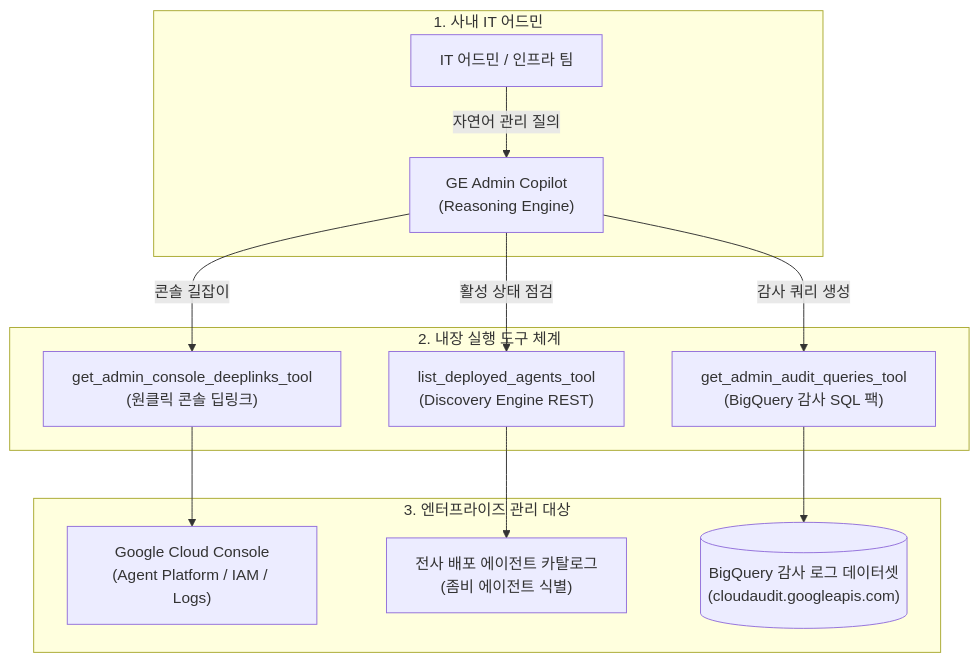
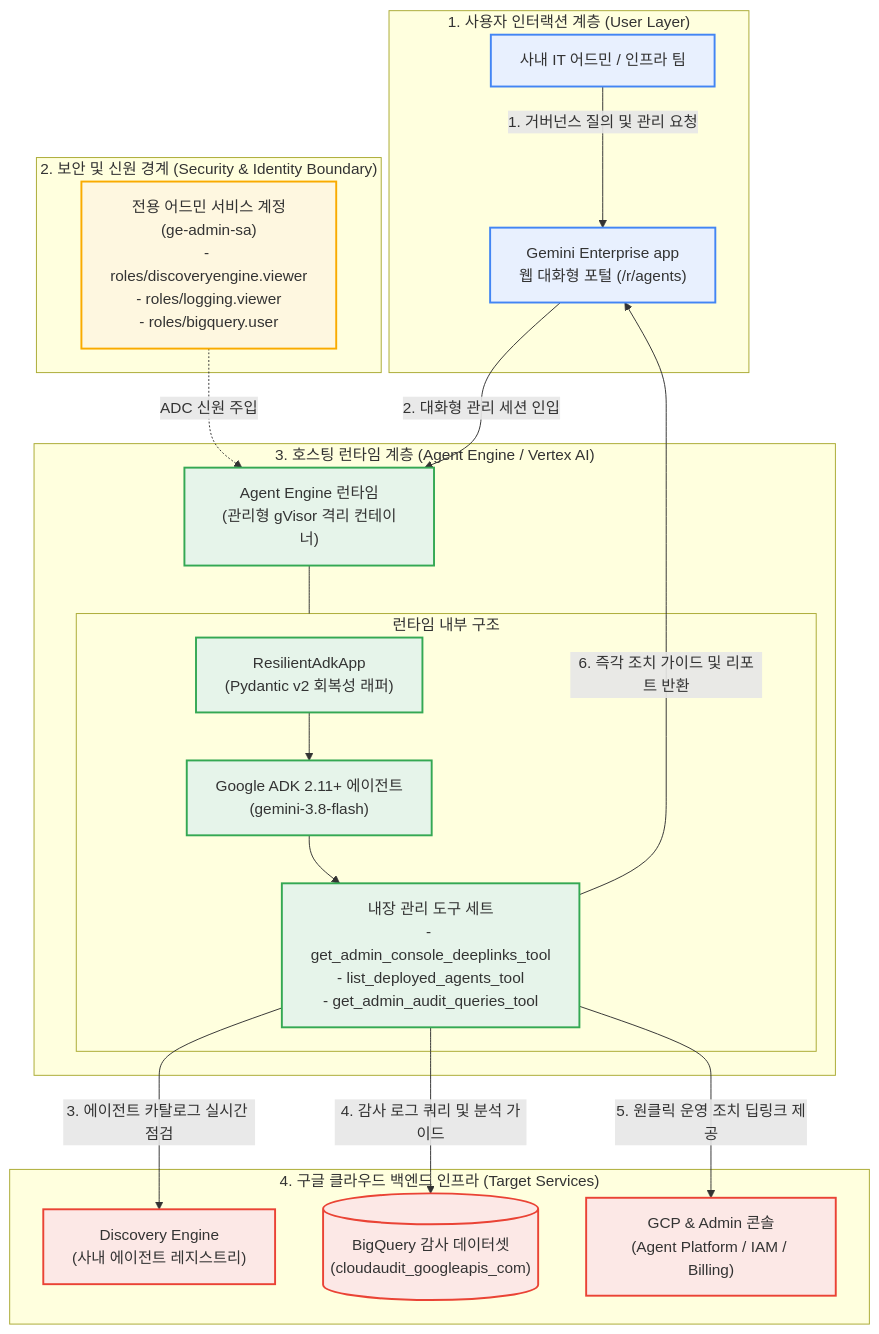
One commit to jiangjun-forge/google-cloud-0-to-1 changed the diagram in samples/gemini-enterprise-copilot-admin/README.md. Above: the diagram before and after it, drawn with Mermaid. The commit also changed other lines of this file and 4 other files, not shown here.

Commit message:
Update solution diagrams

````diff
--- a/samples/gemini-enterprise-copilot-admin/README.md
+++ b/samples/gemini-enterprise-copilot-admin/README.md
@@ -92,18 +92,41 @@
 ```mermaid
 flowchart TB
-    subgraph Admin["1. 사내 IT 어드민"]
-        A["IT 어드민 / 인프라 팀"] -->|"자연어 관리 질의"| B["GE Admin Copilot<br/>(Reasoning Engine)"]
+    subgraph Client["1. 사용자 인터랙션 계층 (User Layer)"]
+        AdminUser["사내 IT 어드민 / 인프라 팀"] -->|"1. 거버넌스 질의 및 관리 요청"| GEApp["Gemini Enterprise app<br/>웹 대화형 포털 (/r/agents)"]
     end
 
-    subgraph Tools["2. 내장 실행 도구 체계"]
-        B -->|"콘솔 길잡이"| C["get_admin_console_deeplinks_tool<br/>(원클릭 콘솔 딥링크)"]
-        B -->|"활성 상태 점검"| D["list_deployed_agents_tool<br/>(Discovery Engine REST)"]
-        B -->|"감사 쿼리 생성"| E["get_admin_audit_queries_tool<br/>(BigQuery 감사 SQL 팩)"]
+    subgraph Security["2. 보안 및 신원 경계 (Security & Identity Boundary)"]
+        SA["전용 어드민 서비스 계정<br/>(ge-admin-sa)<br/>- roles/discoveryengine.viewer<br/>- roles/logging.viewer<br/>- roles/bigquery.user"]
     end
 
-    subgraph Target["3. 엔터프라이즈 관리 대상"]
-        C --> F["Google Cloud Console<br/>(Agent Platform / IAM / Logs)"]
-        D --> G["전사 배포 에이전트 카탈로그<br/>(좀비 에이전트 식별)"]
-        E --> H[("BigQuery 감사 로그 데이터셋<br/>(cloudaudit.googleapis.com)")]
+    subgraph Runtime["3. 호스팅 런타임 계층 (Agent Engine / Vertex AI)"]
+        GEApp -->|"2. 대화형 관리 세션 인입"| Engine["Agent Engine 런타임<br/>(관리형 gVisor 격리 컨테이너)"]
+        
+        subgraph InsideEngine["런타임 내부 구조"]
+            Wrapper["ResilientAdkApp<br/>(Pydantic v2 회복성 래퍼)"]
+            ADK["Google ADK 2.11+ 에이전트<br/>(gemini-3.8-flash)"]
+            Tools["내장 관리 도구 세트<br/>- get_admin_console_deeplinks_tool<br/>- list_deployed_agents_tool<br/>- get_admin_audit_queries_tool"]
+            Wrapper --> ADK --> Tools
+        end
+        Engine --- InsideEngine
     end
+
+    subgraph Backend["4. 구글 클라우드 백엔드 인프라 (Target Services)"]
+        Tools -->|"3. 에이전트 카탈로그 실시간 점검"| DiscEng["Discovery Engine<br/>(사내 에이전트 레지스트리)"]
+        Tools -->|"4. 감사 로그 쿼리 및 분석 가이드"| BQ[("BigQuery 감사 데이터셋<br/>(cloudaudit_googleapis_com)")]
+        Tools -->|"5. 원클릭 운영 조치 딥링크 제공"| Consoles["GCP & Admin 콘솔<br/>(Agent Platform / IAM / Billing)"]
+    end
+
+    SA -.->|"ADC 신원 주입"| Engine
+    Tools -->|"6. 즉각 조치 가이드 및 리포트 반환"| GEApp
+
+    classDef portal fill:#e8f0fe,stroke:#4285f4,stroke-width:2px;
+    classDef security fill:#fef7e0,stroke:#f9ab00,stroke-width:2px;
+    classDef runtime fill:#e6f4ea,stroke:#34a853,stroke-width:2px;
+    classDef backend fill:#fce8e6,stroke:#ea4335,stroke-width:2px;
+
+    class AdminUser,GEApp portal;
+    class SA security;
+    class Engine,Wrapper,ADK,Tools runtime;
+    class DiscEng,BQ,Consoles backend;
 ```
````
